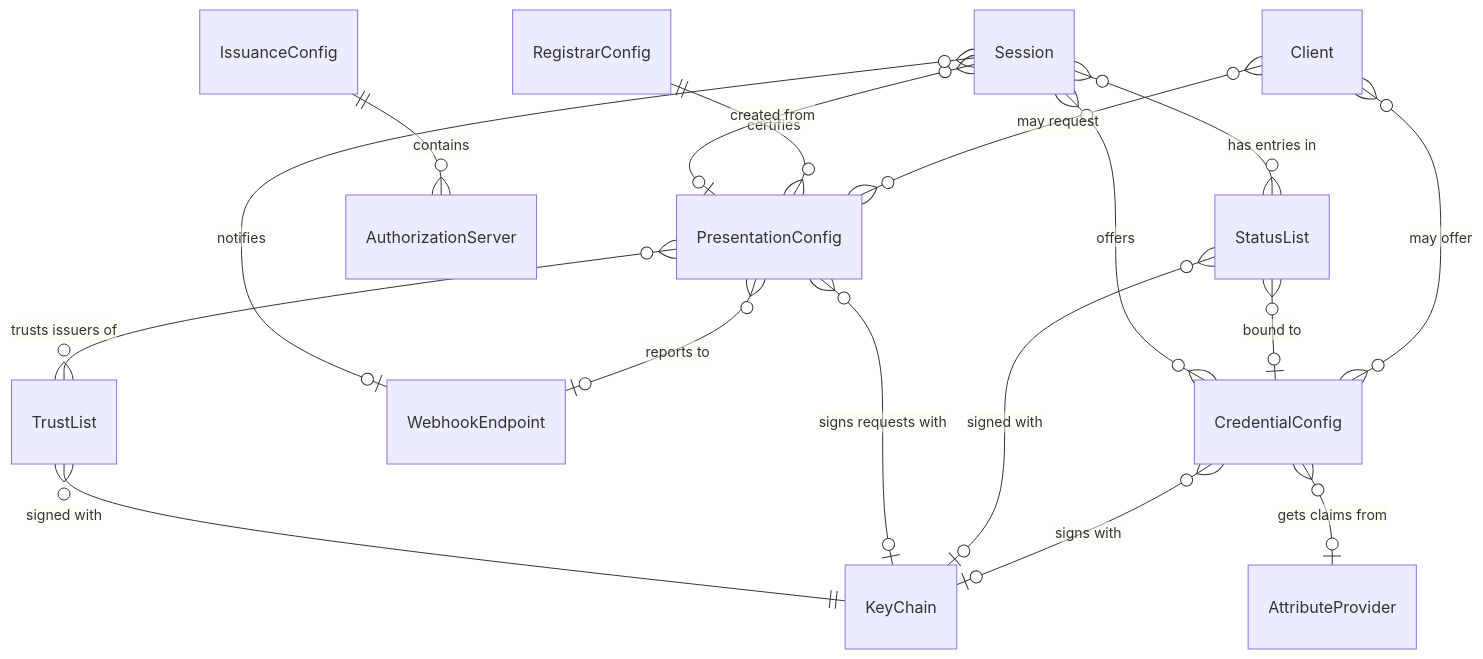
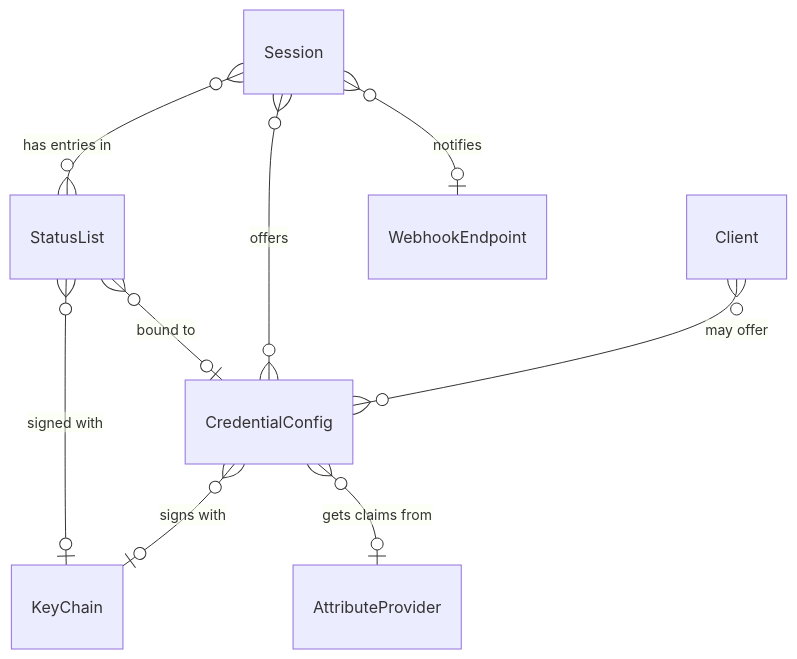
The second of 3 diagrams in apps/docs/docs/concepts/index.md (Cypher-CP0/eudiplo), drawn with Mermaid before and after one commit. The commit also changed other lines of this file and 27 other files, not shown here.

````diff
--- a/apps/docs/docs/concepts/index.md
+++ b/apps/docs/docs/concepts/index.md
@@ -73,19 +68,11 @@
 ```mermaid
 erDiagram
     Client }o--o{ CredentialConfig : "may offer"
-    Client }o--o{ PresentationConfig : "may request"
-    IssuanceConfig ||--o{ AuthorizationServer : contains
+    Session }o--o{ CredentialConfig : offers
     CredentialConfig }o--o| KeyChain : "signs with"
     CredentialConfig }o--o| AttributeProvider : "gets claims from"
     StatusList }o--o| CredentialConfig : "bound to"
     StatusList }o--o| KeyChain : "signed with"
-    PresentationConfig }o--o| KeyChain : "signs requests with"
-    PresentationConfig }o--o| WebhookEndpoint : "reports to"
-    PresentationConfig }o--o{ TrustList : "trusts issuers of"
-    TrustList }o--|| KeyChain : "signed with"
-    RegistrarConfig ||--o{ PresentationConfig : "certifies"
-    Session }o--o{ CredentialConfig : offers
-    Session }o--o| PresentationConfig : "created from"
+    Session }o--o{ StatusList : "has entries in"
     Session }o--o| WebhookEndpoint : notifies
-    Session }o--o{ StatusList : "has entries in"
 ```
````
